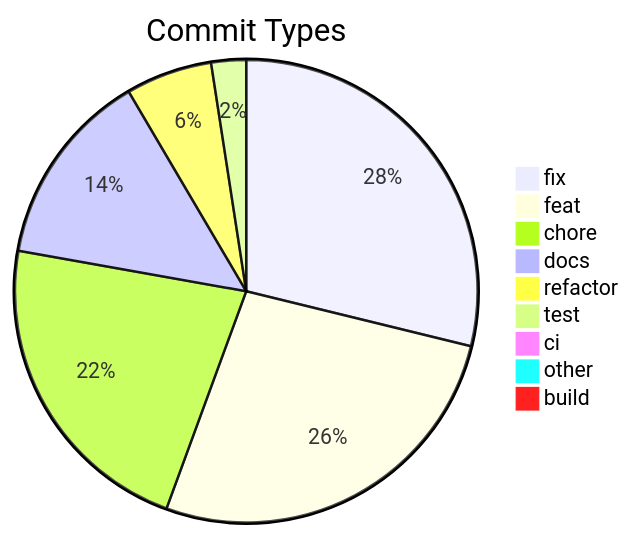
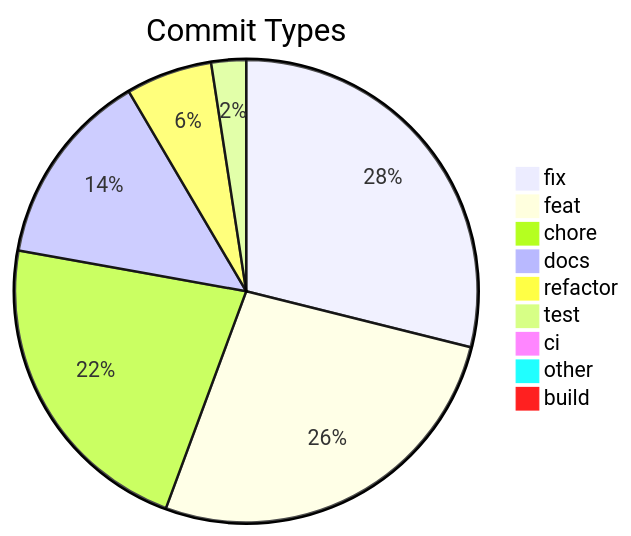
The diagram in .shipwright/compliance/change-history.md (svenroth-ai/shipwright), drawn with Mermaid before and after one commit. The commit also changed other lines of this file and 20 other files, not shown here.

````diff
--- a/.shipwright/compliance/change-history.md
+++ b/.shipwright/compliance/change-history.md
@@ -8,12 +8,12 @@
 ```mermaid
 pie title Commit Types
-    "fix" : 296
+    "fix" : 297
     "feat" : 275
     "chore" : 228
     "docs" : 141
     "refactor" : 62
     "test" : 25
     "ci" : 7
     "other" : 7
     "build" : 1
 ```
````
